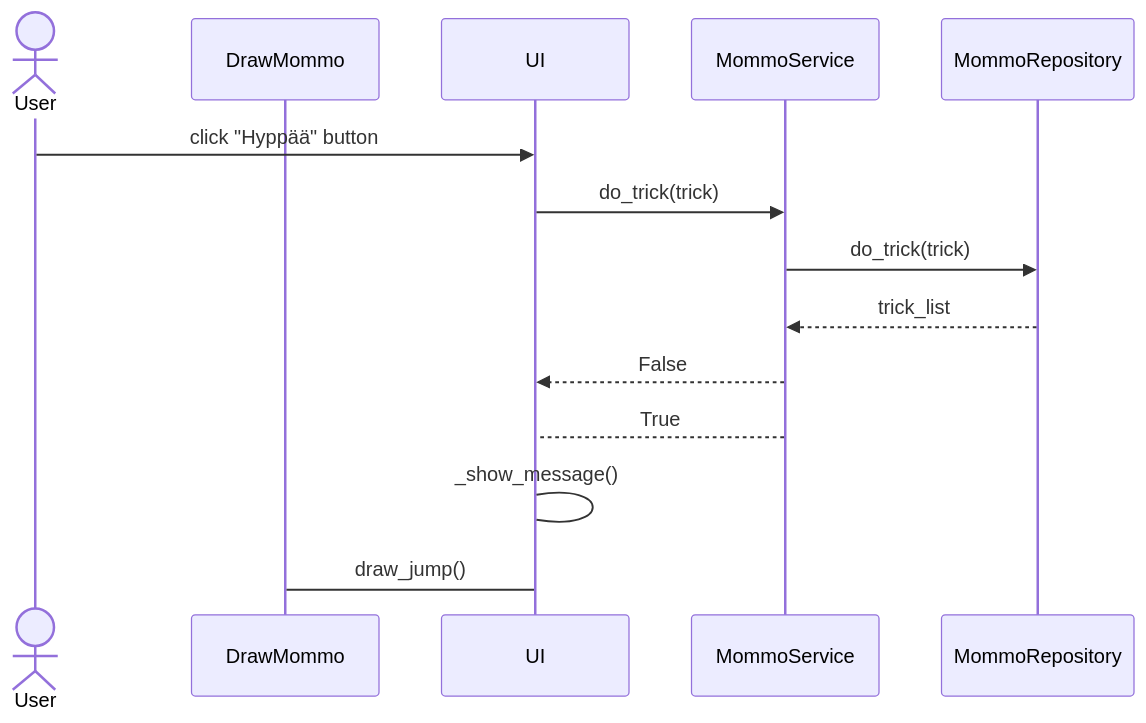
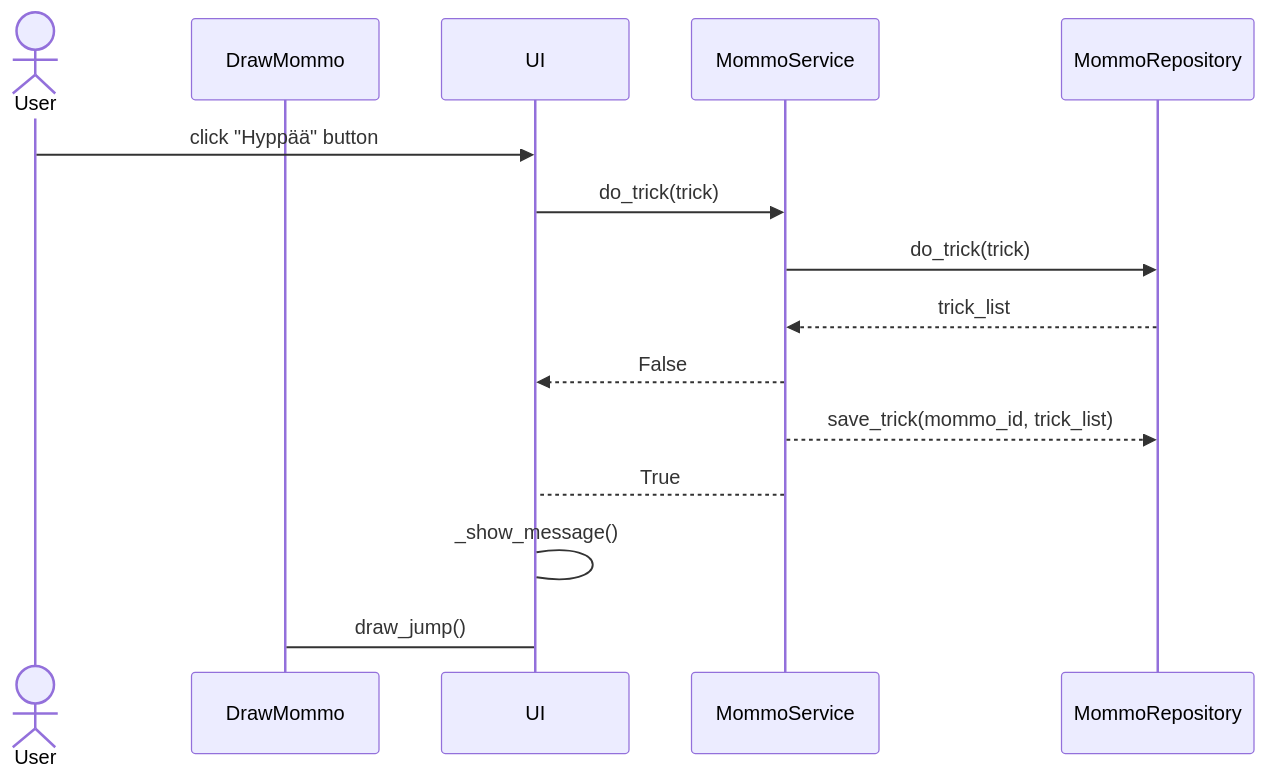
The third of 3 diagrams in dokumentaatio/arkkitehtuuri.md (ellaverak/ot_harjoitustyo), drawn with Mermaid before and after one commit. The commit also changed other lines of this file, not shown here.

````diff
--- a/dokumentaatio/arkkitehtuuri.md
+++ b/dokumentaatio/arkkitehtuuri.md
@@ -86,16 +88,17 @@
 ```mermaid
 sequenceDiagram
   actor User
   participant DrawMommo
   participant UI
   participant MommoService
   participant MommoRepository
   User->>UI: click "Hyppää" button
   UI->>MommoService: do_trick(trick)
   MommoService->>MommoRepository: do_trick(trick)
   MommoRepository-->>MommoService: trick_list
   MommoService-->>UI: False
-  MommoService -->UI: True
+  MommoService-->>MommoRepository: save_trick(mommo_id, trick_list)
+  MommoService-->UI: True
   UI->UI: _show_message()
   UI->DrawMommo: draw_jump()
 ```
````
